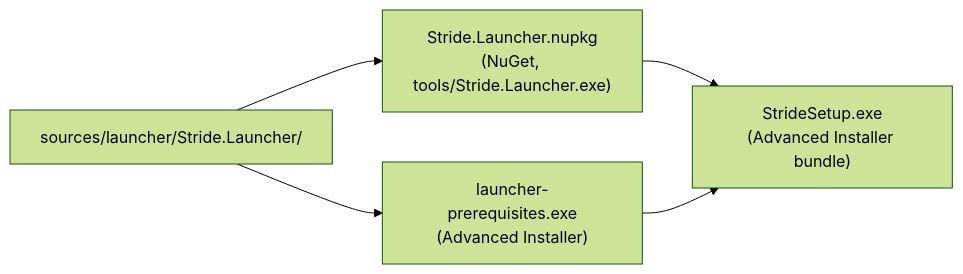
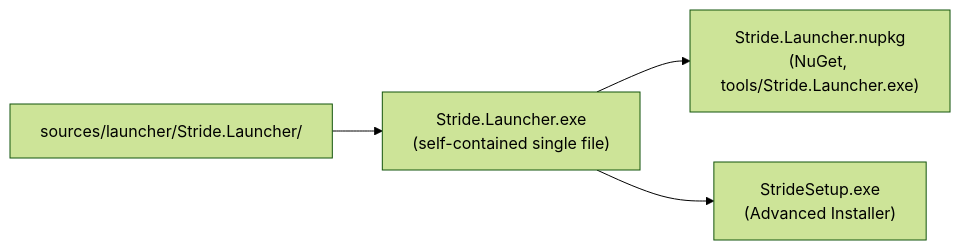
Before and after one commit to stride3d/stride: the diagram in docs/launcher/packaging.md, drawn with Mermaid (forest theme). The commit also changed other lines of this file and 24 other files, not shown here.

Commit message:
Launcher: opt-in pre-releases, StrideSetup version derived from the launcher version

````diff
--- a/docs/launcher/packaging.md
+++ b/docs/launcher/packaging.md
@@ -7,12 +7,11 @@
 ```mermaid
 flowchart LR
     src["sources/launcher/Stride.Launcher/"]
+    exe["Stride.Launcher.exe<br/>(self-contained single file)"]
     nupkg["Stride.Launcher.nupkg<br/>(NuGet, tools/Stride.Launcher.exe)"]
-    prereq["launcher-prerequisites.exe<br/>(Advanced Installer)"]
-    setup["StrideSetup.exe<br/>(Advanced Installer bundle)"]
+    setup["StrideSetup.exe<br/>(Advanced Installer)"]
 
-    src --> nupkg
-    src --> prereq
-    nupkg --> setup
-    prereq --> setup
+    src --> exe
+    exe --> nupkg
+    exe --> setup
 ```
````
